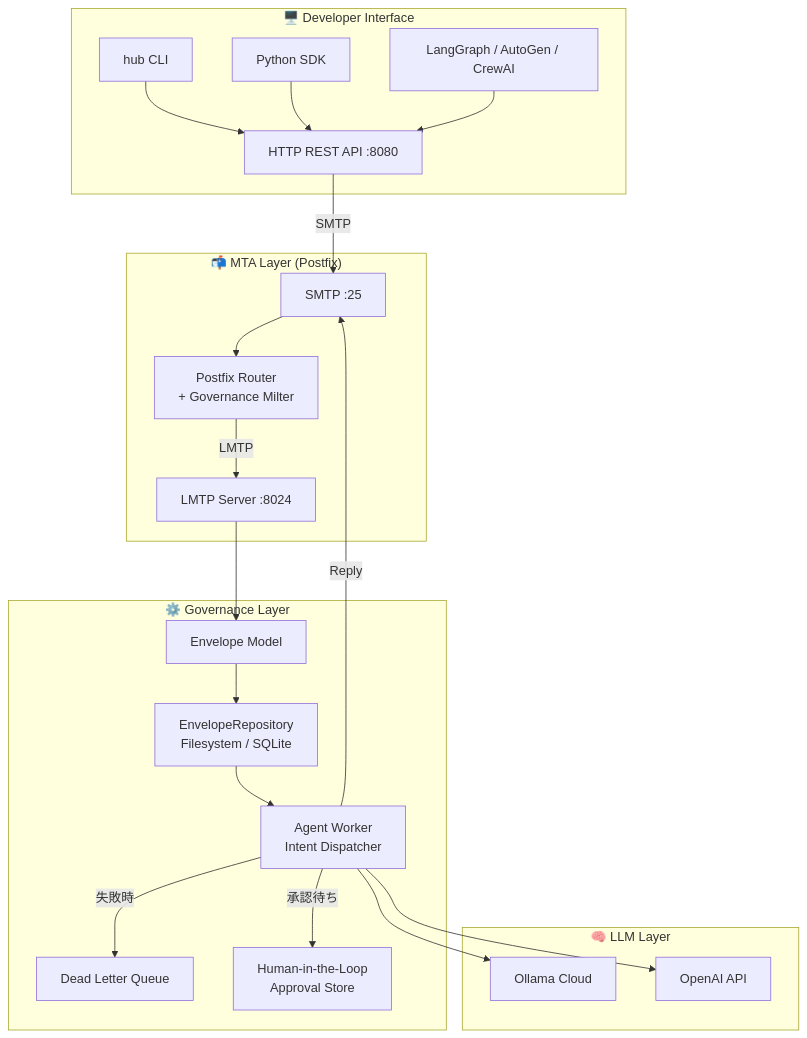
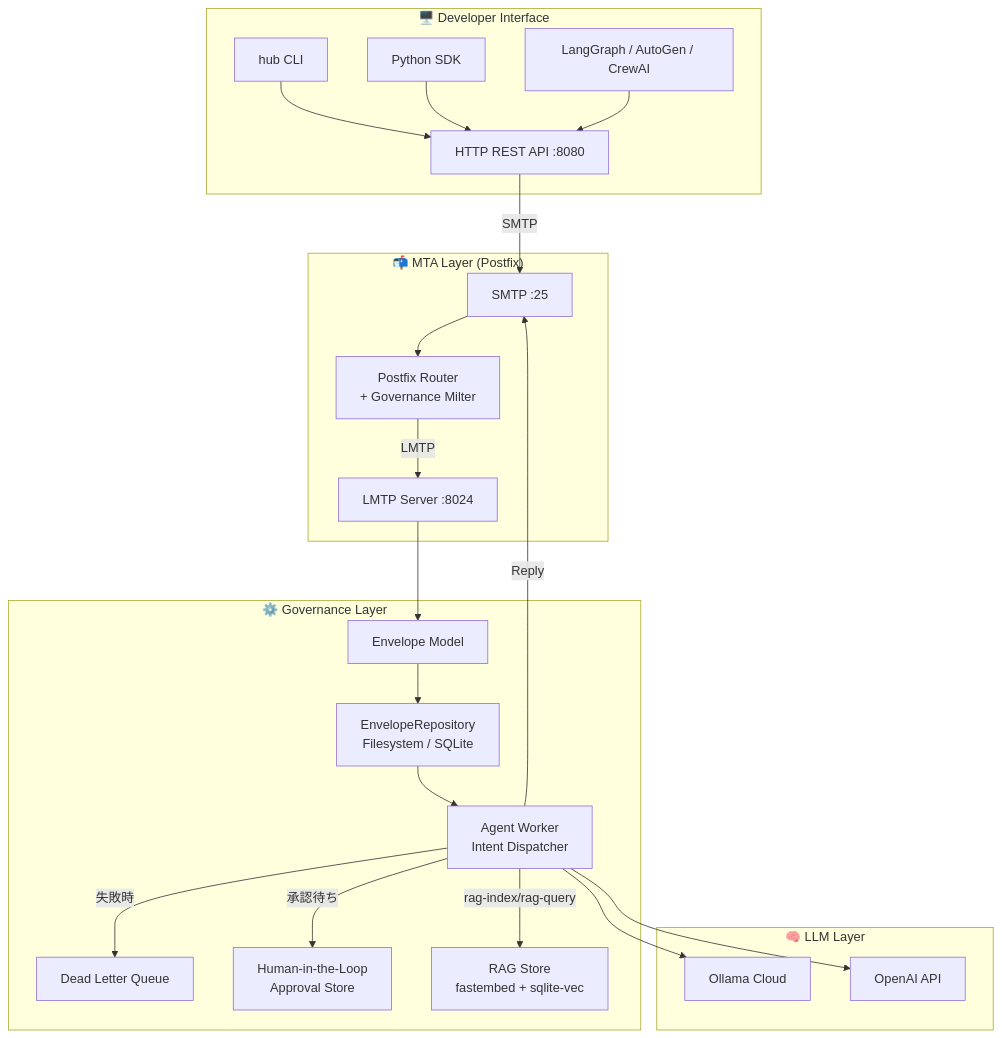
The diagram in README.md (raberabe1121/ai-agent-hub), drawn with Mermaid before and after one commit. The commit also changed other lines of this file, not shown here.

````diff
--- a/README.md
+++ b/README.md
@@ -320,43 +367,45 @@
 ```mermaid
 flowchart TD
     subgraph Interface["🖥️ Developer Interface"]
         CLI["hub CLI"]
         API["HTTP REST API :8080"]
         SDK["Python SDK"]
         ECO["LangGraph / AutoGen / CrewAI"]
     end
 
     subgraph MTA["📬 MTA Layer (Postfix)"]
         SMTP["SMTP :25"]
         PF["Postfix Router\n+ Governance Milter"]
         LMTP["LMTP Server :8024"]
     end
 
     subgraph Hub["⚙️ Governance Layer"]
         ENV["Envelope Model"]
         REPO["EnvelopeRepository\nFilesystem / SQLite"]
         WORKER["Agent Worker\nIntent Dispatcher"]
         DLQ["Dead Letter Queue"]
         HITL["Human-in-the-Loop\nApproval Store"]
+        RAG["RAG Store\nfastembed + sqlite-vec"]
     end
 
     subgraph LLM["🧠 LLM Layer"]
         OLLAMA["Ollama Cloud"]
         OPENAI["OpenAI API"]
     end
 
     CLI --> API
     SDK --> API
     ECO --> API
     API -->|SMTP| SMTP
     SMTP --> PF
     PF -->|LMTP| LMTP
     LMTP --> ENV
     ENV --> REPO
     REPO --> WORKER
     WORKER --> OLLAMA
     WORKER --> OPENAI
     WORKER -->|失敗時| DLQ
     WORKER -->|承認待ち| HITL
+    WORKER -->|rag-index/rag-query| RAG
     WORKER -->|Reply| SMTP
 ```
````
